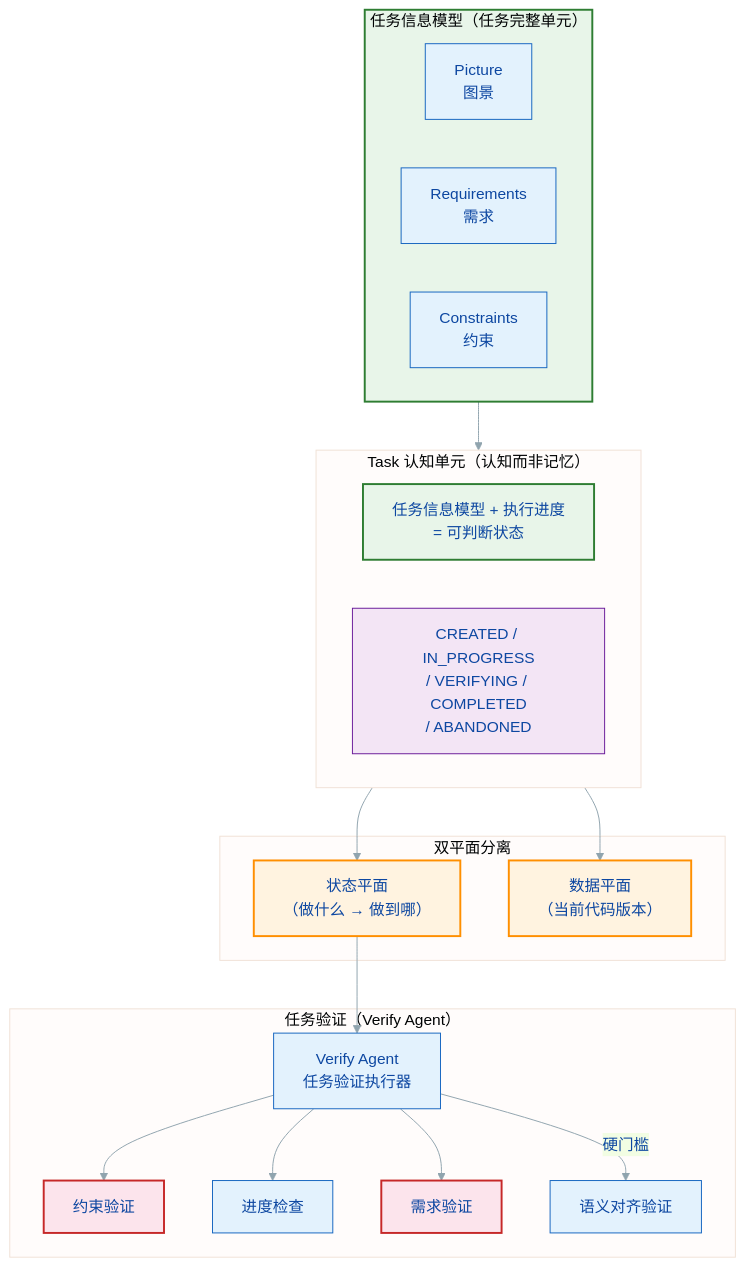
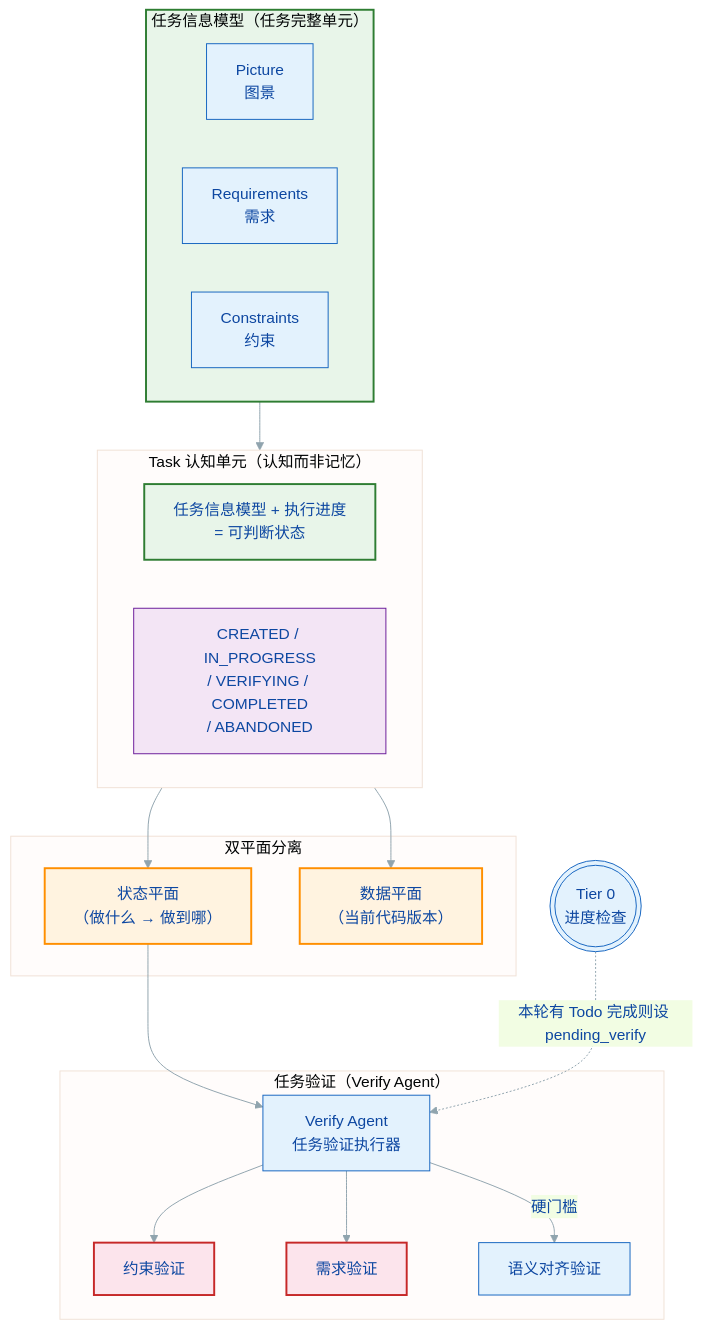
One commit to Lazyn0tBug/mem0ress changed the first of 9 diagrams in docs/SPEC.md. Above: the diagram before and after it, drawn with Mermaid. The commit also changed other lines of this file and 2 other files, not shown here.

Commit message:
fix: 修正认知三要素描述 and 替换 Tier 编号为语义名称

````diff
--- a/docs/SPEC.md
+++ b/docs/SPEC.md
@@ -55,47 +55,47 @@
 ```mermaid
 %% label：核心解法总览
 %%{ init: { 'theme': 'base', 'themeVariables': { 'primaryColor': '#e3f2fd', 'primaryTextColor': '#0d47a1', 'primaryBorderColor': '#1565c0', 'lineColor': '#90a4ae', 'fontFamily': 'arial' } } }%%
 graph TB
     subgraph PRC["任务信息模型（任务完整单元）"]
         PIC["Picture\n图景"]
         REQ["Requirements\n需求"]
         CST["Constraints\n约束"]
     end
 
     subgraph TASK["Task 认知单元（认知而非记忆）"]
         TR["任务信息模型 + 执行进度\n= 可判断状态"]
         ST["CREATED / IN_PROGRESS\n/ VERIFYING / COMPLETED\n/ ABANDONED"]
     end
 
     subgraph DUAL["双平面分离"]
         SP["状态平面\n（做什么 → 做到哪）"]
         DP["数据平面\n（当前代码版本）"]
     end
 
     subgraph TIERS["任务验证（Verify Agent）"]
         J["Verify Agent\n任务验证执行器"]
         C["约束验证"]
-        T1["进度检查"]
         R["需求验证"]
         T3["语义对齐验证"]
     end
 
     PRC --> TASK
     TASK --> SP
     TASK --> DP
     SP --> J
+    T0((("Tier 0\n进度检查")))
+    T0 -.->|本轮有 Todo 完成则设 pending_verify| J
     J --> C
-    J --> T1
     J --> R
     J -->|硬门槛| T3
 
     classDef prc fill:#e8f5e9,stroke:#2e7d32,stroke-width:2px;
     classDef task fill:#e3f2fd,stroke:#1565c0,stroke-width:2px;
     classDef plane fill:#fff3e0,stroke:#ff8f00,stroke-width:2px;
     classDef tier fill:#fce4ec,stroke:#c62828,stroke-width:2px;
     classDef state fill:#f3e5f5,stroke:#6a1b9a,stroke-width:1px;
     class PRC,task,TR,ST prc;
     class SP,DP plane;
     class C,T,R,S tier;
     class ST state;
 ```
````
